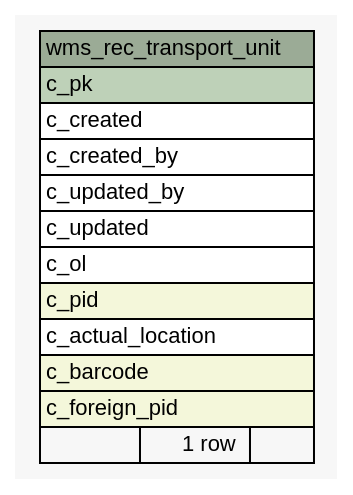
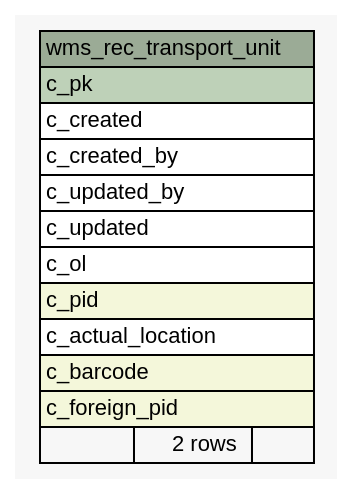
One commit to openwms/org.openwms.wms.receiving.lib changed the diagram in 1.0.0-SNAPSHOT/schemaspy/diagrams/summary/wms_rec_transport_unit.1degree.dot. Above: the diagram before and after it, drawn with Graphviz. The commit also changed 459 other files, not shown here.

```diff
--- a/1.0.0-SNAPSHOT/schemaspy/diagrams/summary/wms_rec_transport_unit.1degree.dot
+++ b/1.0.0-SNAPSHOT/schemaspy/diagrams/summary/wms_rec_transport_unit.1degree.dot
@@ -1,39 +1,39 @@
-// dot 2.43.0 on Linux 5.15.0-1033-azure
+// dot 2.43.0 on Linux 5.15.0-1034-azure
 // SchemaSpy rev Unknown
 digraph "wms_rec_transport_unit" {
   graph [
     rankdir="RL"
     bgcolor="#f7f7f7"
     nodesep="0.18"
     ranksep="0.46"
     fontname="Helvetica"
     fontsize="11"
   ];
   node [
     fontname="Helvetica"
     fontsize="11"
     shape="plaintext"
   ];
   edge [
     arrowsize="0.8"
   ];
   "wms_rec_transport_unit" [
     label=<
     <TABLE BORDER="0" CELLBORDER="1" CELLSPACING="0" BGCOLOR="#ffffff">
       <TR><TD COLSPAN="3" BGCOLOR="#9bab96" ALIGN="CENTER">wms_rec_transport_unit</TD></TR>
       <TR><TD PORT="c_pk" COLSPAN="3" BGCOLOR="#bed1b8" ALIGN="LEFT">c_pk</TD></TR>
       <TR><TD PORT="c_created" COLSPAN="3" ALIGN="LEFT">c_created</TD></TR>
       <TR><TD PORT="c_created_by" COLSPAN="3" ALIGN="LEFT">c_created_by</TD></TR>
       <TR><TD PORT="c_updated_by" COLSPAN="3" ALIGN="LEFT">c_updated_by</TD></TR>
       <TR><TD PORT="c_updated" COLSPAN="3" ALIGN="LEFT">c_updated</TD></TR>
       <TR><TD PORT="c_ol" COLSPAN="3" ALIGN="LEFT">c_ol</TD></TR>
       <TR><TD PORT="c_pid" COLSPAN="3" BGCOLOR="#f4f7da" ALIGN="LEFT">c_pid</TD></TR>
       <TR><TD PORT="c_actual_location" COLSPAN="3" ALIGN="LEFT">c_actual_location</TD></TR>
       <TR><TD PORT="c_barcode" COLSPAN="3" BGCOLOR="#f4f7da" ALIGN="LEFT">c_barcode</TD></TR>
       <TR><TD PORT="c_foreign_pid" COLSPAN="3" BGCOLOR="#f4f7da" ALIGN="LEFT">c_foreign_pid</TD></TR>
-      <TR><TD ALIGN="LEFT" BGCOLOR="#f7f7f7">  </TD><TD ALIGN="RIGHT" BGCOLOR="#f7f7f7">1 row</TD><TD ALIGN="RIGHT" BGCOLOR="#f7f7f7">  </TD></TR>
+      <TR><TD ALIGN="LEFT" BGCOLOR="#f7f7f7">  </TD><TD ALIGN="RIGHT" BGCOLOR="#f7f7f7">2 rows</TD><TD ALIGN="RIGHT" BGCOLOR="#f7f7f7">  </TD></TR>
     </TABLE>>
     URL="tables/wms_rec_transport_unit.html"
     tooltip="wms_rec_transport_unit"
   ];
 }
```
